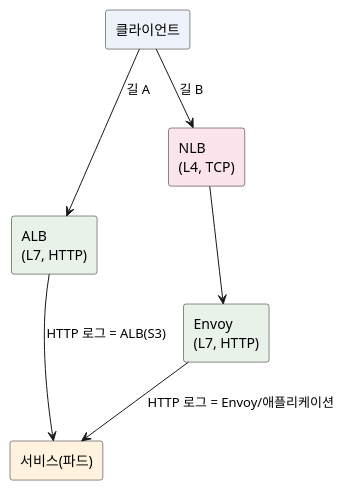
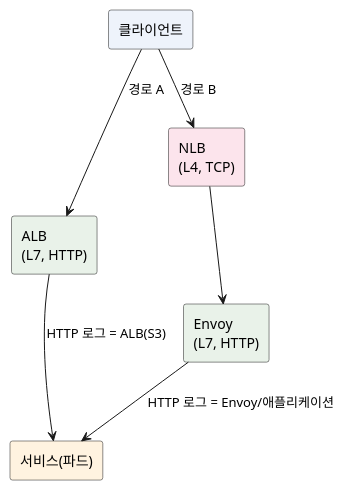
One commit to johnycho/johny-dev changed the diagram in blog/2026-10-27-eks-ingress-alb-vs-istio.mdx. Above: the diagram before and after it, drawn with PlantUML. The commit also changed other lines of this file and 4 other files, not shown here.

````diff
--- a/blog/2026-10-27-eks-ingress-alb-vs-istio.mdx
+++ b/blog/2026-10-27-eks-ingress-alb-vs-istio.mdx
@@ -53,18 +53,18 @@
 ```plantuml
 @startuml
 skinparam shadowing false
 skinparam defaultFontName sans-serif
 hide empty members
 rectangle "클라이언트" as C #EEF3FB
 rectangle "ALB\n(L7, HTTP)" as ALB #E9F2E9
 rectangle "NLB\n(L4, TCP)" as NLB #FCE4EC
 rectangle "Envoy\n(L7, HTTP)" as ENV #E9F2E9
 rectangle "서비스(파드)" as S #FFF3E0
 
-C --> ALB : 길 A
-C --> NLB : 길 B
+C --> ALB : 경로 A
+C --> NLB : 경로 B
 ALB --> S : HTTP 로그 = ALB(S3)
 NLB --> ENV
 ENV --> S : HTTP 로그 = Envoy/애플리케이션
 @enduml
 ```
````
